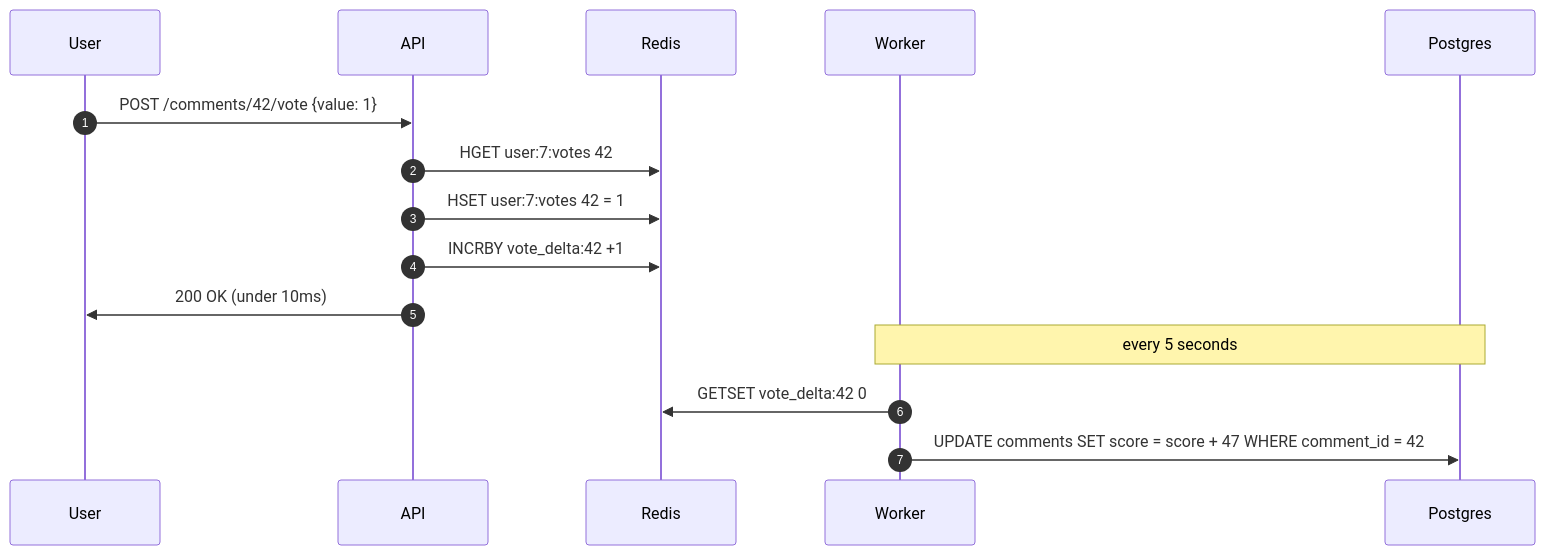
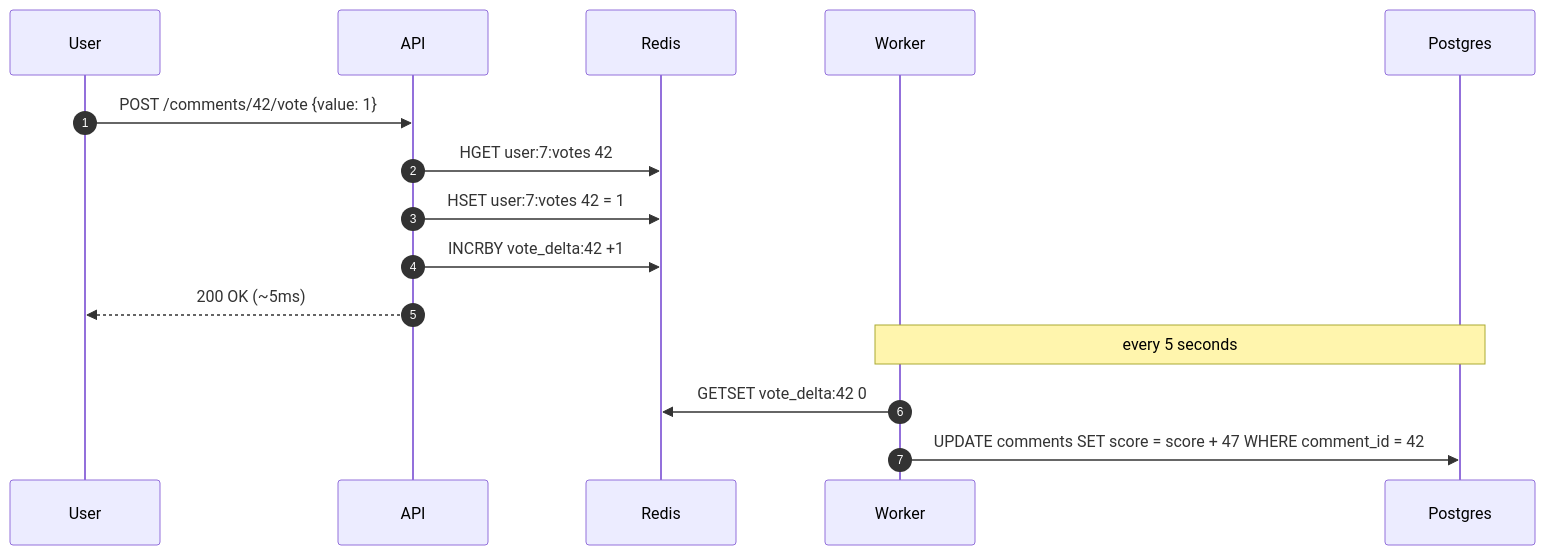
One commit to shiningflash/shiningflash.github.io changed diagram 12 of 15 in _practice/system-design/015-comment-system.md. Above: the diagram before and after it, drawn with Mermaid. The commit also changed other lines of this file and 18 other files, not shown here.

````diff
--- a/_practice/system-design/015-comment-system.md
+++ b/_practice/system-design/015-comment-system.md
@@ -898,19 +825,19 @@
 ```mermaid
 sequenceDiagram
     autonumber
     participant User
     participant API
     participant Redis
     participant Worker
     participant DB as Postgres
 
     User->>API: POST /comments/42/vote {value: 1}
     API->>Redis: HGET user:7:votes 42
     API->>Redis: HSET user:7:votes 42 = 1
     API->>Redis: INCRBY vote_delta:42 +1
-    API->>User: 200 OK (under 10ms)
+    API-->>User: 200 OK (~5ms)
 
     Note over Worker,DB: every 5 seconds
     Worker->>Redis: GETSET vote_delta:42 0
     Worker->>DB: UPDATE comments SET score = score + 47 WHERE comment_id = 42
 ```
````
